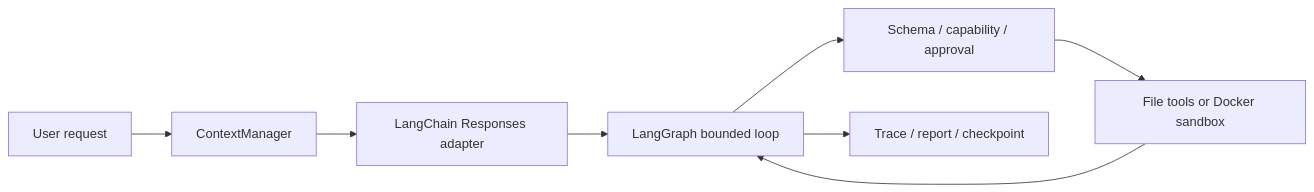
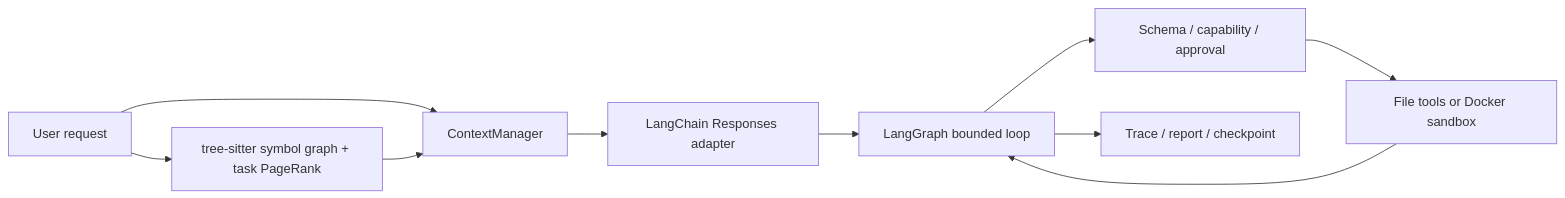
One commit to goskiwi/pico-main changed the diagram in README.md. Above: the diagram before and after it, drawn with Mermaid. The commit also changed other lines of this file and 74 other files, not shown here.

````diff
--- a/README.md
+++ b/README.md
@@ -38,10 +40,12 @@
 ```mermaid
 flowchart LR
-    U["User request"] --> C["ContextManager"]
+    U["User request"] --> R["tree-sitter symbol graph + task PageRank"]
+    U --> C["ContextManager"]
+    R --> C
     C --> M["LangChain Responses adapter"]
     M --> L["LangGraph bounded loop"]
     L --> P["Schema / capability / approval"]
     P --> T["File tools or Docker sandbox"]
     T --> L
     L --> A["Trace / report / checkpoint"]
 ```
````
